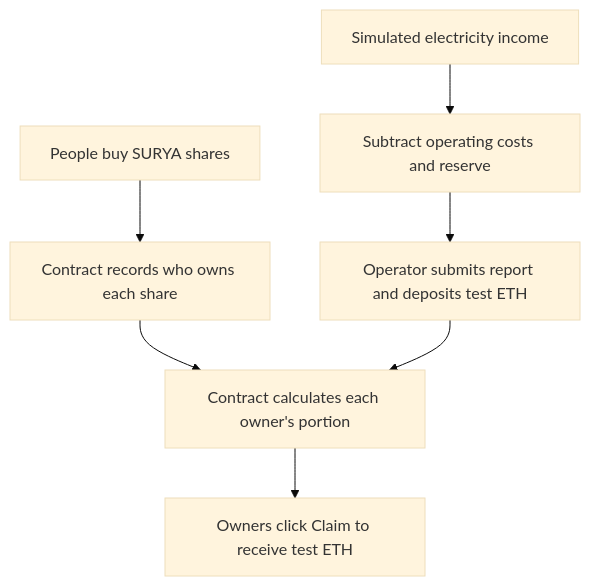
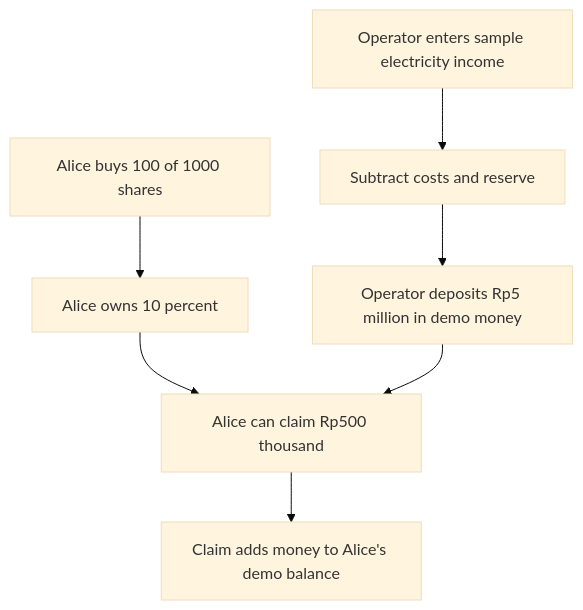
The diagram in README.md (geraldadli/SuryaShare), drawn with Mermaid (base theme) before and after one commit. The commit also changed other lines of this file and 8 other files, not shown here.

````diff
--- a/README.md
+++ b/README.md
@@ -72,9 +23,9 @@
 ```mermaid
 flowchart TD
-    A[People buy SURYA shares] --> B[Contract records who owns each share]
-    C[Simulated electricity income] --> D[Subtract operating costs and reserve]
-    D --> E[Operator submits report and deposits test ETH]
-    B --> F[Contract calculates each owner's portion]
+    A[Alice buys 100 of 1000 shares] --> B[Alice owns 10 percent]
+    C[Operator enters sample electricity income] --> D[Subtract costs and reserve]
+    D --> E[Operator deposits Rp5 million in demo money]
+    B --> F[Alice can claim Rp500 thousand]
     E --> F
-    F --> G[Owners click Claim to receive test ETH]
+    F --> G[Claim adds money to Alice's demo balance]
 ```
````
